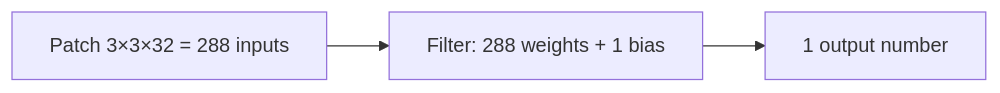
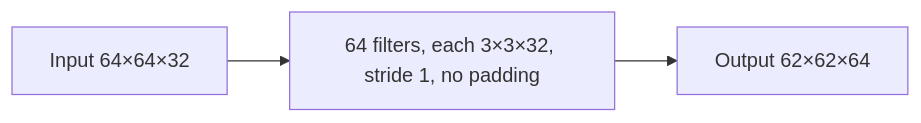
Before and after one commit to TrendySloth1001/sem-seven-notes: the diagram in content/deep-learning/pyq/2024-12/q4b.mdx, drawn with Mermaid. The commit also changed other lines of this file and 186 other files, not shown here.

````diff
--- a/content/deep-learning/pyq/2024-12/q4b.mdx
+++ b/content/deep-learning/pyq/2024-12/q4b.mdx
@@ -67,6 +11,6 @@
 ```mermaid
-%% caption: One filter looks at a 3×3 patch across all 32 channels, so it has 288 weights and gives one output number.
+%% caption: The layer of this question with its shapes. Each of the 64 filters looks at all 32 channels and gives one 62×62 map.
 flowchart LR
-  P["Patch 3×3×32 = 288 inputs"] --> F["Filter: 288 weights + 1 bias"]
-  F --> O["1 output number"]
+  A["Input 64×64×32"] --> B["64 filters, each 3×3×32, stride 1, no padding"]
+  B --> C["Output 62×62×64"]
 ```
````
